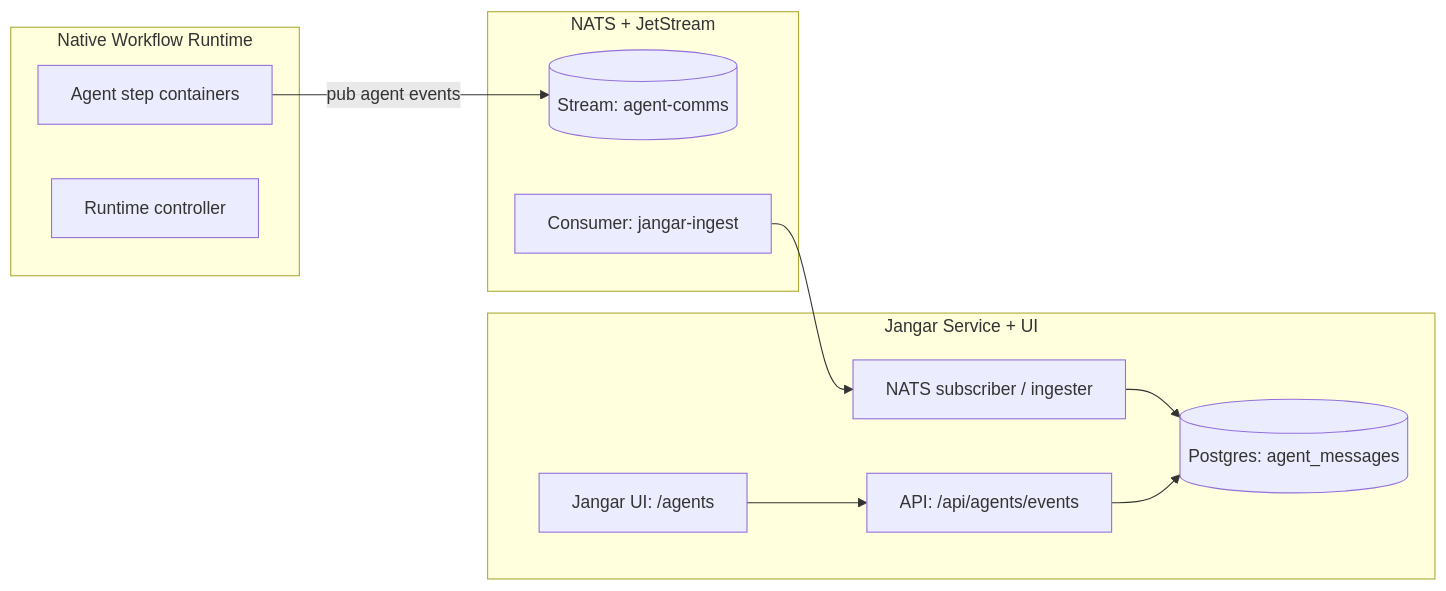
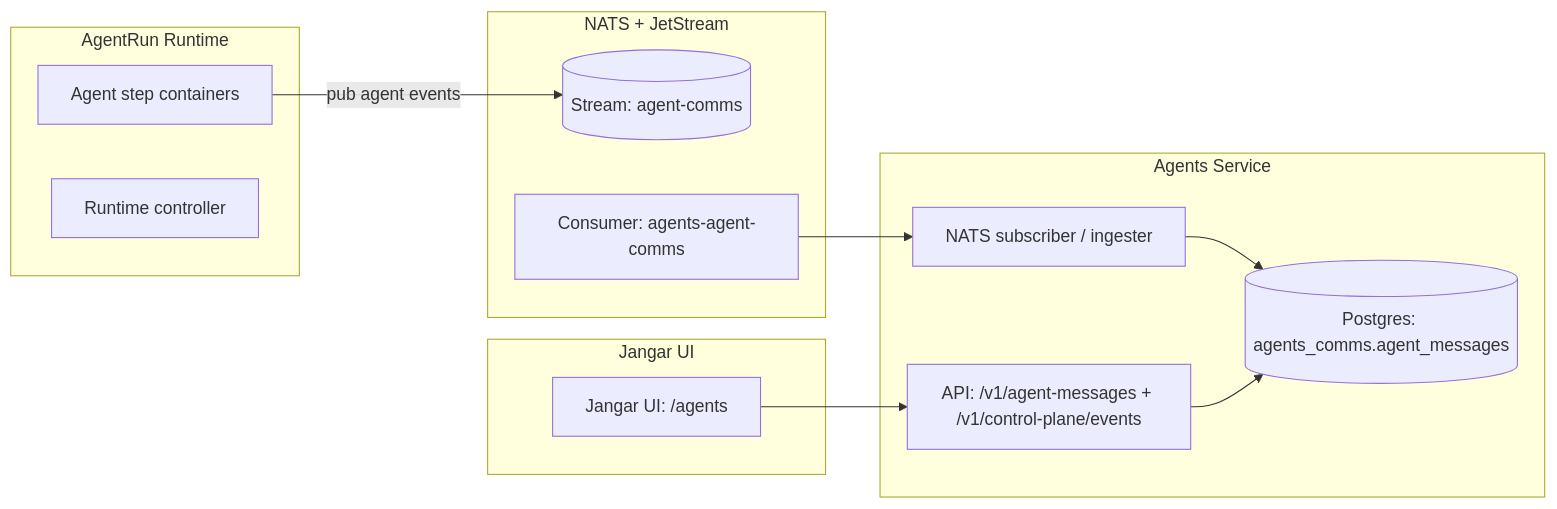
One commit to proompteng/lab changed the diagram in docs/nats-agent-communications.md. Above: the diagram before and after it, drawn with Mermaid. The commit also changed other lines of this file and 14 other files, not shown here.

Commit message:
docs(agents): retire stale jangar control-plane surfaces

````diff
--- a/docs/nats-agent-communications.md
+++ b/docs/nats-agent-communications.md
@@ -32,25 +32,28 @@
 ```mermaid
 flowchart LR
-  subgraph Runtime[Native Workflow Runtime]
+  subgraph Runtime[AgentRun Runtime]
     A1[Agent step containers]
     A2[Runtime controller]
   end
 
   subgraph NATS[NATS + JetStream]
     S1[(Stream: agent-comms)]
-    C1[Consumer: jangar-ingest]
+    C1[Consumer: agents-agent-comms]
   end
 
-  subgraph Jangar[Jangar Service + UI]
+  subgraph Agents[Agents Service]
     I1[NATS subscriber / ingester]
-    DB[(Postgres: agent_messages)]
+    DB[(Postgres: agents_comms.agent_messages)]
+    SSE[API: /v1/agent-messages + /v1/control-plane/events]
+  end
+
+  subgraph Jangar[Jangar UI]
     UI[Jangar UI: /agents]
-    SSE[API: /api/agents/events]
   end
 
   A1 -->|pub agent events| S1
   C1 --> I1
   I1 --> DB
+  SSE --> DB
   UI --> SSE
-  SSE --> DB
 ```
````
